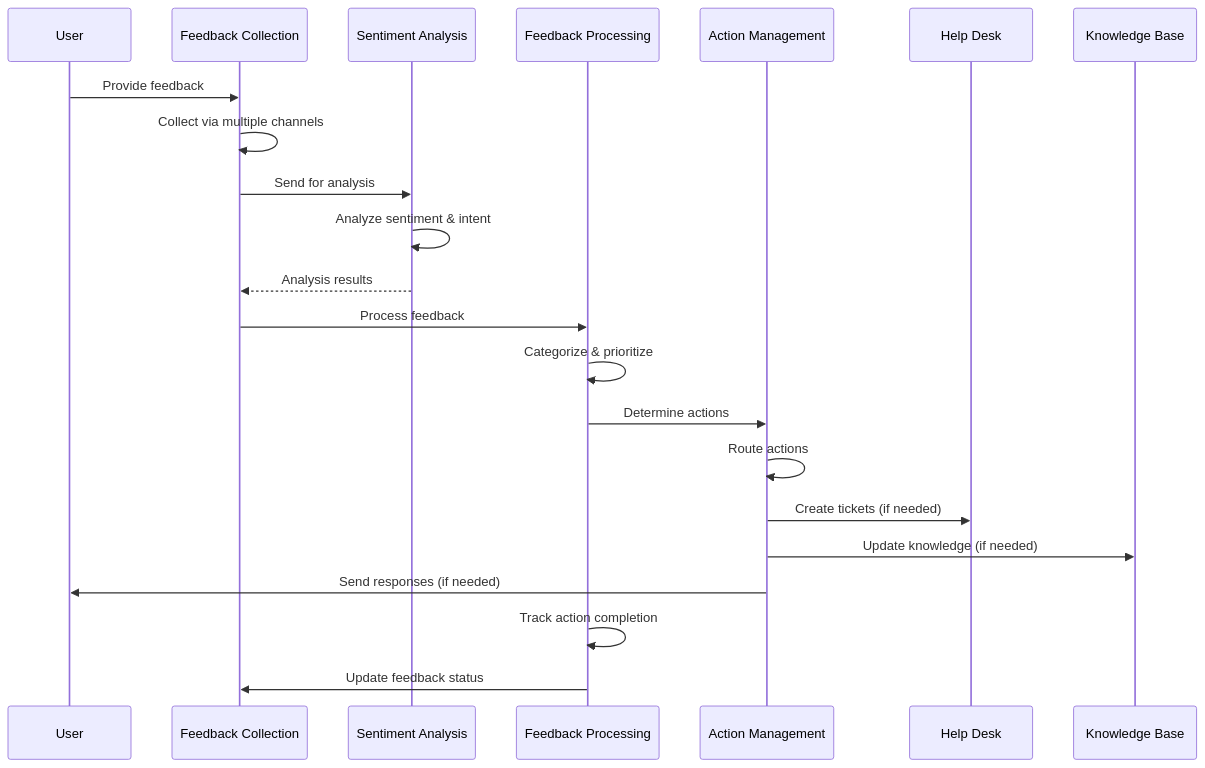
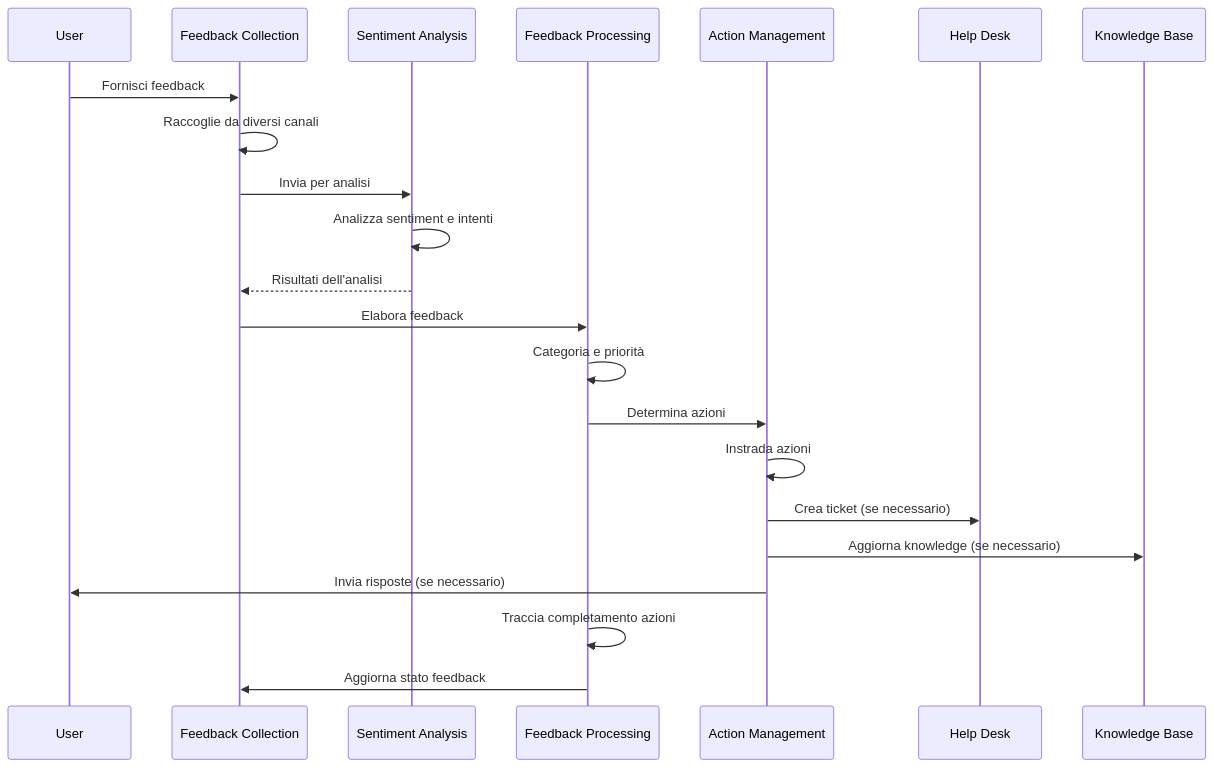
The eighth of 9 diagrams in docs/use_cases/UC10 - Supporto all'Utente/03-SEQUENCES.md (gianlucaciarcelluti/Interzen.ZenIA), drawn with Mermaid before and after one commit. The commit also changed other lines of this file and 14 other files, not shown here.

````diff
--- a/docs/use_cases/UC10 - Supporto all'Utente/03-SEQUENCES.md
+++ b/docs/use_cases/UC10 - Supporto all'Utente/03-SEQUENCES.md
@@ -281,29 +281,29 @@
 ```mermaid
 sequenceDiagram
     participant U as User
     participant FC as Feedback Collection
     participant SA as Sentiment Analysis
     participant FP as Feedback Processing
     participant AM as Action Management
     participant HD as Help Desk
     participant KB as Knowledge Base
 
-    U->>FC: Provide feedback
-    FC->>FC: Collect via multiple channels
-    FC->>SA: Send for analysis
+    U->>FC: Fornisci feedback
+    FC->>FC: Raccoglie da diversi canali
+    FC->>SA: Invia per analisi
 
-    SA->>SA: Analyze sentiment & intent
-    SA-->>FC: Analysis results
+    SA->>SA: Analizza sentiment e intenti
+    SA-->>FC: Risultati dell'analisi
 
-    FC->>FP: Process feedback
-    FP->>FP: Categorize & prioritize
-    FP->>AM: Determine actions
+    FC->>FP: Elabora feedback
+    FP->>FP: Categoria e priorità
+    FP->>AM: Determina azioni
 
-    AM->>AM: Route actions
-    AM->>HD: Create tickets (if needed)
-    AM->>KB: Update knowledge (if needed)
-    AM->>U: Send responses (if needed)
+    AM->>AM: Instrada azioni
+    AM->>HD: Crea ticket (se necessario)
+    AM->>KB: Aggiorna knowledge (se necessario)
+    AM->>U: Invia risposte (se necessario)
 
-    FP->>FP: Track action completion
-    FP->>FC: Update feedback status
+    FP->>FP: Traccia completamento azioni
+    FP->>FC: Aggiorna stato feedback
 ```
````
